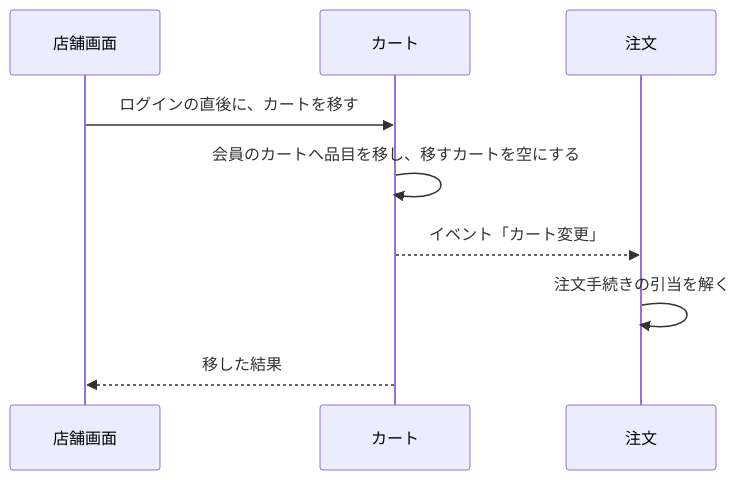
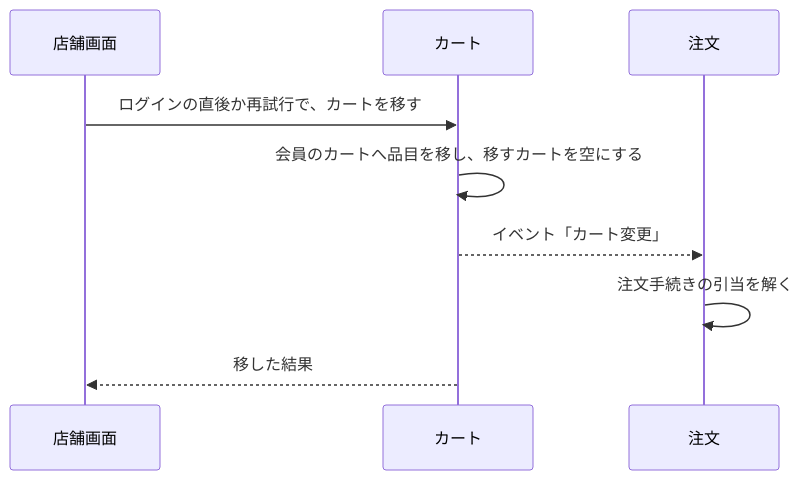
Before and after one commit to roger88106/ec-site: the second of 2 diagrams in docs/02-設計/cart.md, drawn with Mermaid. The commit also changed 2 other files, not shown here.

Commit message:
docs: spec の最後のレビューの指摘を文書に反映し、結果を書く（T415-01-11）
決定 5 の再表示を移せたときに限り、決定 2 を 2xx にした。カートモジュールの
「カートを移す」とカートの設計の図に、カートの画面の再試行を加えた。

````diff
--- a/docs/02-設計/cart.md
+++ b/docs/02-設計/cart.md
@@ -51,11 +51,11 @@
 ```mermaid
 sequenceDiagram
     participant U as 店舗画面
     participant C as カート
     participant O as 注文
-    U->>C: ログインの直後に、カートを移す
+    U->>C: ログインの直後か再試行で、カートを移す
     C->>C: 会員のカートへ品目を移し、移すカートを空にする
     C-->>O: イベント「カート変更」
     O->>O: 注文手続きの引当を解く
     C-->>U: 移した結果
 ```
````
